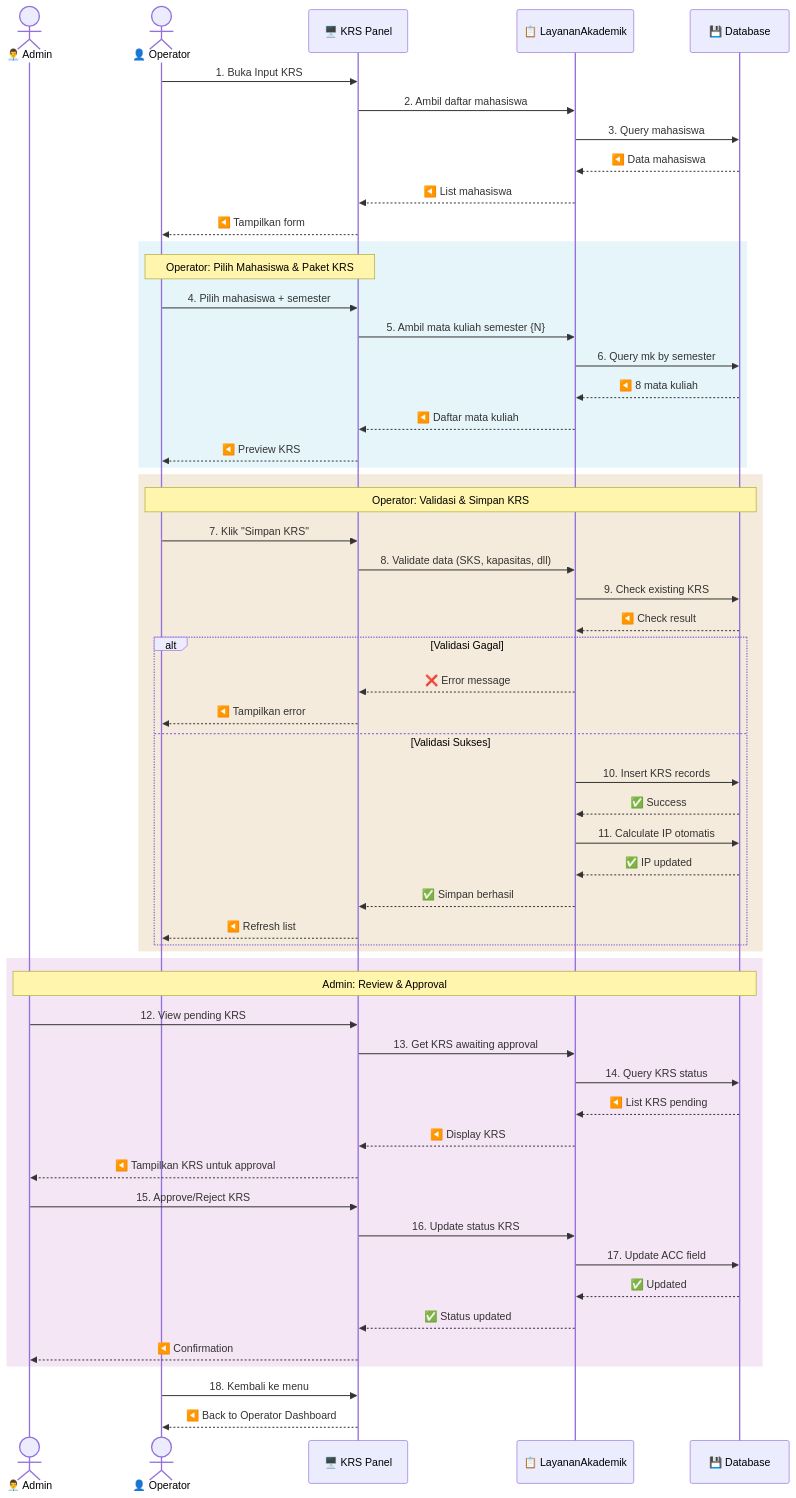
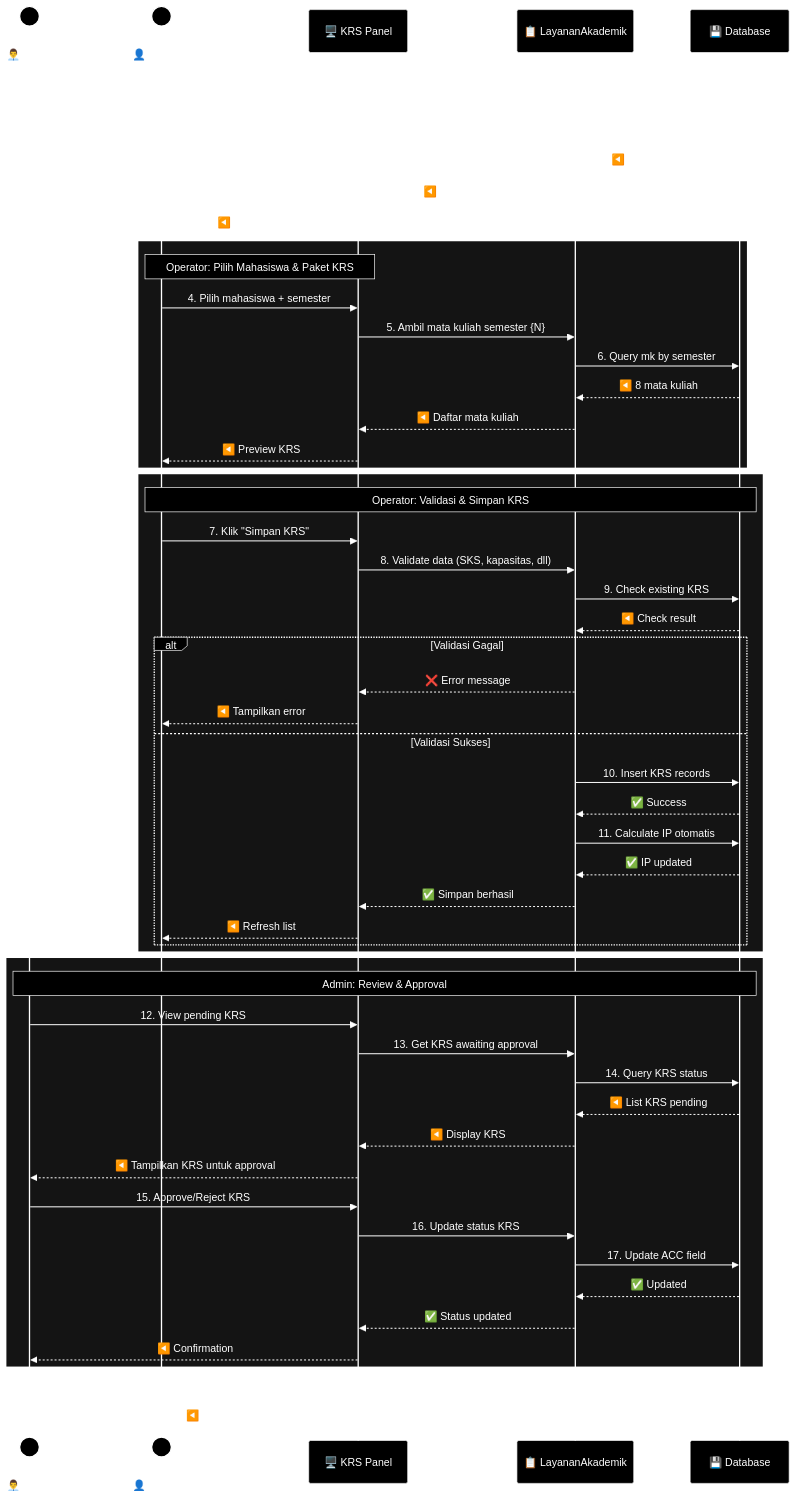
The third of 3 diagrams in README.md (areksaxyz/UTS-PBO2), drawn with Mermaid before and after one commit. The commit also changed other lines of this file, not shown here.

Commit message:
Set README diagrams to black and white theme

````diff
--- a/README.md
+++ b/README.md
@@ -255,63 +253,64 @@
 ```mermaid
+%%{init: {'theme': 'base', 'themeVariables': { 'background': '#000000', 'lineColor': '#FFFFFF', 'textColor': '#FFFFFF', 'primaryTextColor': '#FFFFFF', 'secondaryTextColor': '#FFFFFF', 'tertiaryTextColor': '#FFFFFF', 'actorBkg': '#000000', 'actorBorder': '#FFFFFF', 'actorTextColor': '#FFFFFF', 'actorLineColor': '#FFFFFF', 'signalColor': '#FFFFFF', 'signalTextColor': '#FFFFFF', 'labelBoxBkgColor': '#000000', 'labelBoxBorderColor': '#FFFFFF', 'labelTextColor': '#FFFFFF', 'noteBkgColor': '#000000', 'noteBorderColor': '#FFFFFF', 'noteTextColor': '#FFFFFF', 'activationBkgColor': '#000000', 'activationBorderColor': '#FFFFFF' }}}%%
 sequenceDiagram
     actor Admin as 👨‍💼 Admin
     actor Operator as 👤 Operator
     participant UI as 🖥️ KRS Panel
     participant Service as 📋 LayananAkademik
     participant DB as 💾 Database
     
     Operator ->> UI: 1. Buka Input KRS
     UI ->> Service: 2. Ambil daftar mahasiswa
     Service ->> DB: 3. Query mahasiswa
     DB -->> Service: ◀️ Data mahasiswa
     Service -->> UI: ◀️ List mahasiswa
     UI -->> Operator: ◀️ Tampilkan form
     
-    rect rgb(230, 245, 250)
+    rect rgb(20, 20, 20)
         Note over Operator,UI: Operator: Pilih Mahasiswa & Paket KRS
         Operator ->> UI: 4. Pilih mahasiswa + semester
         UI ->> Service: 5. Ambil mata kuliah semester {N}
         Service ->> DB: 6. Query mk by semester
         DB -->> Service: ◀️ 8 mata kuliah
         Service -->> UI: ◀️ Daftar mata kuliah
         UI -->> Operator: ◀️ Preview KRS
     end
     
-    rect rgb(245, 235, 220)
+    rect rgb(20, 20, 20)
         Note over Operator,DB: Operator: Validasi & Simpan KRS
         Operator ->> UI: 7. Klik "Simpan KRS"
         UI ->> Service: 8. Validate data (SKS, kapasitas, dll)
         Service ->> DB: 9. Check existing KRS
         DB -->> Service: ◀️ Check result
         alt Validasi Gagal
             Service -->> UI: ❌ Error message
             UI -->> Operator: ◀️ Tampilkan error
         else Validasi Sukses
             Service ->> DB: 10. Insert KRS records
             DB -->> Service: ✅ Success
             Service ->> DB: 11. Calculate IP otomatis
             DB -->> Service: ✅ IP updated
             Service -->> UI: ✅ Simpan berhasil
             UI -->> Operator: ◀️ Refresh list
         end
     end
     
-    rect rgb(245, 230, 245)
+    rect rgb(20, 20, 20)
         Note over Admin,DB: Admin: Review & Approval
         Admin ->> UI: 12. View pending KRS
         UI ->> Service: 13. Get KRS awaiting approval
         Service ->> DB: 14. Query KRS status
         DB -->> Service: ◀️ List KRS pending
         Service -->> UI: ◀️ Display KRS
         UI -->> Admin: ◀️ Tampilkan KRS untuk approval
         Admin ->> UI: 15. Approve/Reject KRS
         UI ->> Service: 16. Update status KRS
         Service ->> DB: 17. Update ACC field
         DB -->> Service: ✅ Updated
         Service -->> UI: ✅ Status updated
         UI -->> Admin: ◀️ Confirmation
     end
     
     Operator ->> UI: 18. Kembali ke menu
     UI -->> Operator: ◀️ Back to Operator Dashboard
 ```
````
